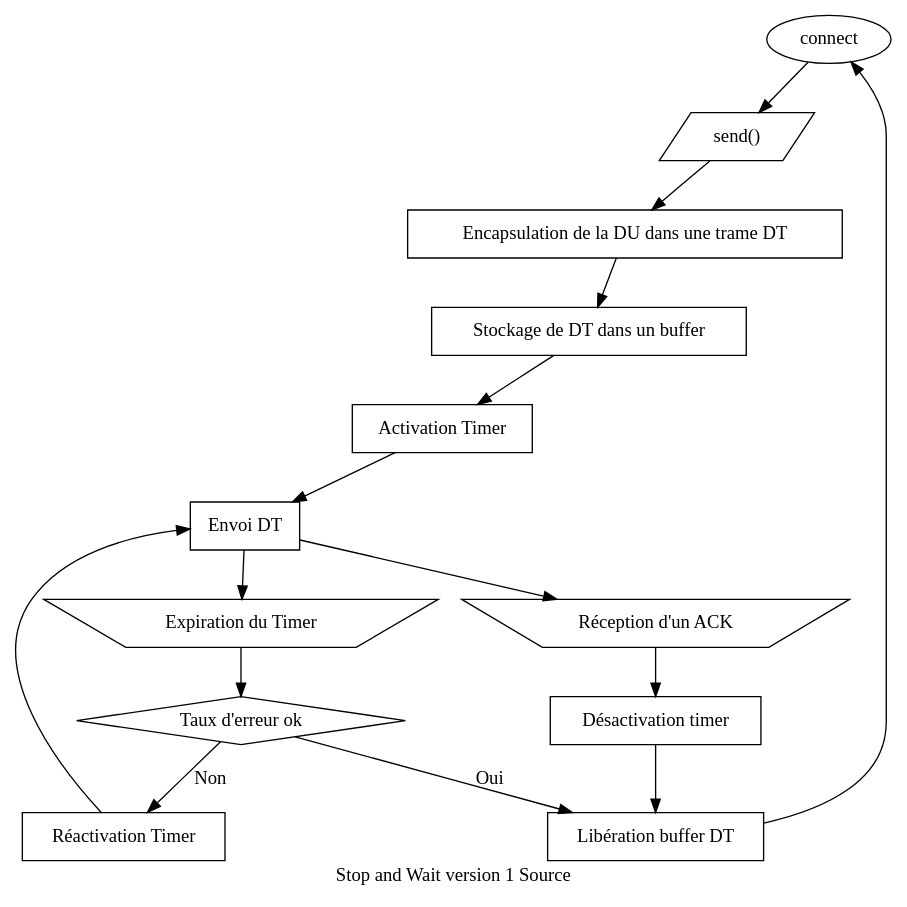
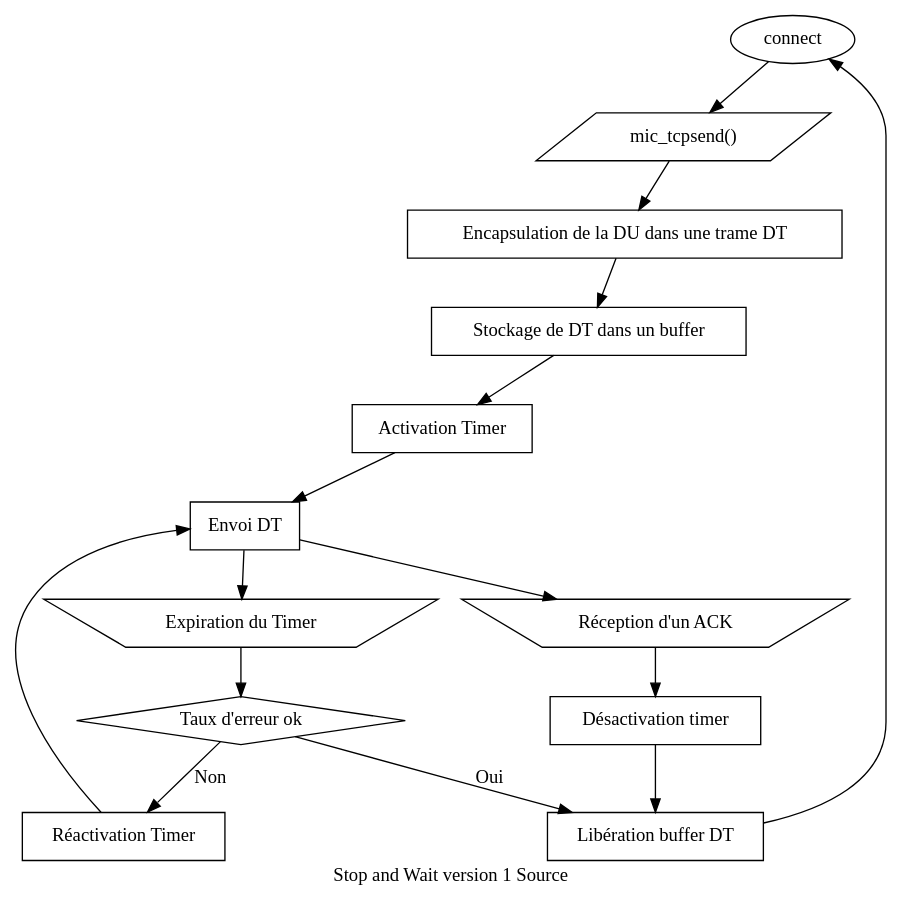
One commit to Rob174/BE-Reseau changed the diagram in diagramme_a_etats/version1/source.dot. Above: the diagram before and after it, drawn with Graphviz. The commit also changed 3 other files, not shown here.

```diff
--- a/diagramme_a_etats/version1/source.dot
+++ b/diagramme_a_etats/version1/source.dot
@@ -1,22 +1,22 @@
 digraph G {
     label="Stop and Wait version 1 Source";
     n0[label="connect"]
-    n1[label="send()", shape="parallelogram"]
+    n1[label="mic_tcpsend()", shape="parallelogram"]
     n2[label="Encapsulation de la DU dans une trame DT", shape="rectangle"]
     n3[label="Stockage de DT dans un buffer", shape="rectangle"]
     n4[label="Activation Timer", shape="rectangle"]
 n5[label="Envoi DT", shape="rectangle"]
 n6[label="Réception d'un ACK", shape="invtrapezium"]
 n7[label="Désactivation timer", shape="rectangle"]
 n8[label="Libération buffer DT", shape="rectangle"]
 n9[label="Expiration du Timer", shape="invtrapezium"]
 n9_1[label="Taux d'erreur ok",shape="diamond"]
 n9 -> n9_1
 n9_1 -> n8[label="Oui"]
 n10[label="Réactivation Timer", shape="rectangle"]
 n9_1 -> n10[label="Non"]
 n0 -> n1 -> n2 -> n3 -> n4 -> n5
 n5->n6 -> n7 -> n8 -> n0
 n5 -> n9
 n10 -> n5
 }
```
